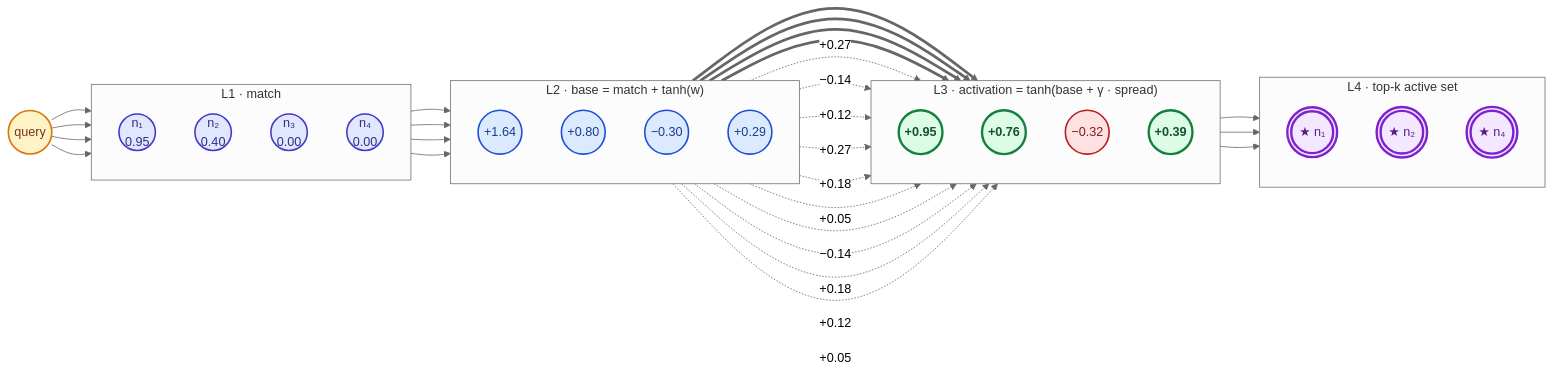
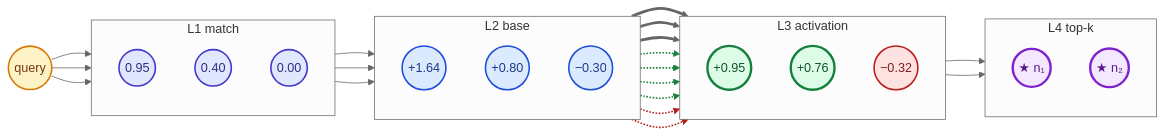
The second of 6 diagrams in docs/architecture.md (vitalops/coherence), drawn with Mermaid (neutral theme) before and after one commit. The commit also changed other lines of this file, not shown here.

Commit message:
upd: fix ugly diagrams

````diff
--- a/docs/architecture.md
+++ b/docs/architecture.md
@@ -63,74 +64,59 @@
 ```mermaid
 flowchart LR
-    Q(("query")):::input
+    Q((query)):::input
 
-    subgraph L1["L1 · match"]
+    subgraph L1["L1 match"]
         direction TB
-        m1(("n₁<br/>0.95")):::match
-        m2(("n₂<br/>0.40")):::match
-        m3(("n₃<br/>0.00")):::match
-        m4(("n₄<br/>0.00")):::match
+        m1((0.95)):::match
+        m2((0.40)):::match
+        m3((0.00)):::match
     end
 
-    subgraph L2["L2 · base = match + tanh(w)"]
+    subgraph L2["L2 base"]
         direction TB
-        b1(("+1.64")):::base
-        b2(("+0.80")):::base
-        b3(("−0.30")):::base
-        b4(("+0.29")):::base
+        b1((+1.64)):::base
+        b2((+0.80)):::base
+        b3((−0.30)):::base
     end
 
-    subgraph L3["L3 · activation = tanh(base + γ · spread)"]
+    subgraph L3["L3 activation"]
         direction TB
-        a1(("<b>+0.95</b>")):::act
-        a2(("<b>+0.76</b>")):::act
-        a3(("−0.32")):::deact
-        a4(("<b>+0.39</b>")):::act
+        a1((+0.95)):::act
+        a2((+0.76)):::act
+        a3((−0.32)):::deact
     end
 
-    subgraph L4["L4 · top-k active set"]
+    subgraph L4["L4 top-k"]
         direction TB
-        t1((("★ n₁"))):::top
-        t2((("★ n₂"))):::top
-        t4((("★ n₄"))):::top
+        t1((★ n₁)):::top
+        t2((★ n₂)):::top
     end
 
     Q --> m1
     Q --> m2
     Q --> m3
-    Q --> m4
-
     m1 --> b1
     m2 --> b2
     m3 --> b3
-    m4 --> b4
-
-    %% Identity contribution (base_i flows into a_i directly through the formula)
     b1 ==> a1
     b2 ==> a2
     b3 ==> a3
-    b4 ==> a4
-
-    %% Spreading activation through signed edges W_ij
-    b1 -.->|"+0.27"| a2
-    b1 -.->|"−0.14"| a3
-    b1 -.->|"+0.12"| a4
-    b2 -.->|"+0.27"| a1
-    b2 -.->|"+0.18"| a3
-    b2 -.->|"+0.05"| a4
-    b3 -.->|"−0.14"| a1
-    b3 -.->|"+0.18"| a2
-    b4 -.->|"+0.12"| a1
-    b4 -.->|"+0.05"| a2
-
+    b1 -.-> a2
+    b2 -.-> a1
+    b2 -.-> a3
+    b3 -.-> a2
+    b1 -.-> a3
+    b3 -.-> a1
     a1 --> t1
     a2 --> t2
-    a4 --> t4
+
+    linkStyle 9,10,11,12 stroke:#15803d,stroke-width:2px
+    linkStyle 13,14 stroke:#b91c1c,stroke-width:2px
 
     classDef input fill:#fef3c7,stroke:#d97706,color:#78350f,stroke-width:2px
     classDef match fill:#e0e7ff,stroke:#4338ca,color:#312e81,stroke-width:2px
     classDef base fill:#dbeafe,stroke:#1d4ed8,color:#1e3a8a,stroke-width:2px
     classDef act fill:#dcfce7,stroke:#15803d,color:#14532d,stroke-width:3px
     classDef deact fill:#fee2e2,stroke:#b91c1c,color:#7f1d1d,stroke-width:2px
     classDef top fill:#f3e8ff,stroke:#7e22ce,color:#581c87,stroke-width:3px
 ```
````
